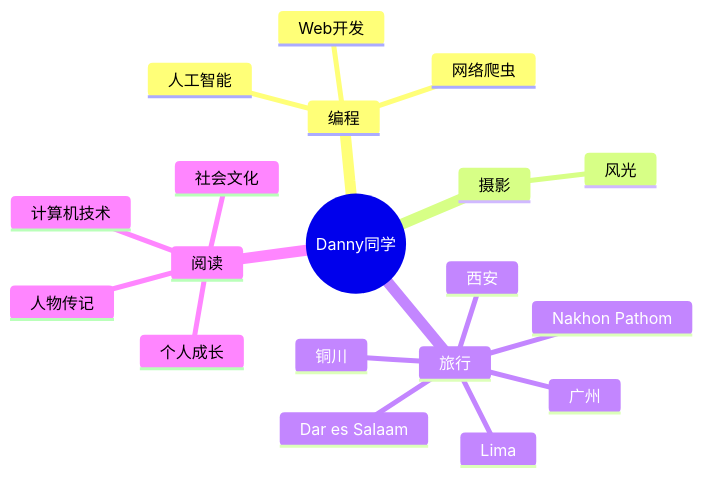
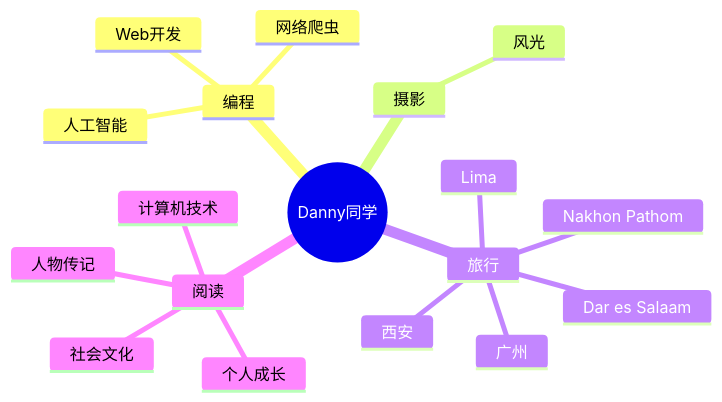
The diagram in README.md (duanbiao2000/duanbiao2000), drawn with Mermaid before and after one commit. The commit also changed other lines of this file, not shown here.

````diff
--- a/README.md
+++ b/README.md
@@ -194,23 +194,22 @@
 ```mermaid
 mindmap
   root((Danny同学))
     编程
       Web开发
       网络爬虫
       人工智能
     摄影
       风光
     旅行
       广州
-      铜川
       西安
       Lima
       Dar es Salaam
       Nakhon Pathom
       
     阅读
       人物传记
       个人成长
       社会文化
       计算机技术
 ```
````
